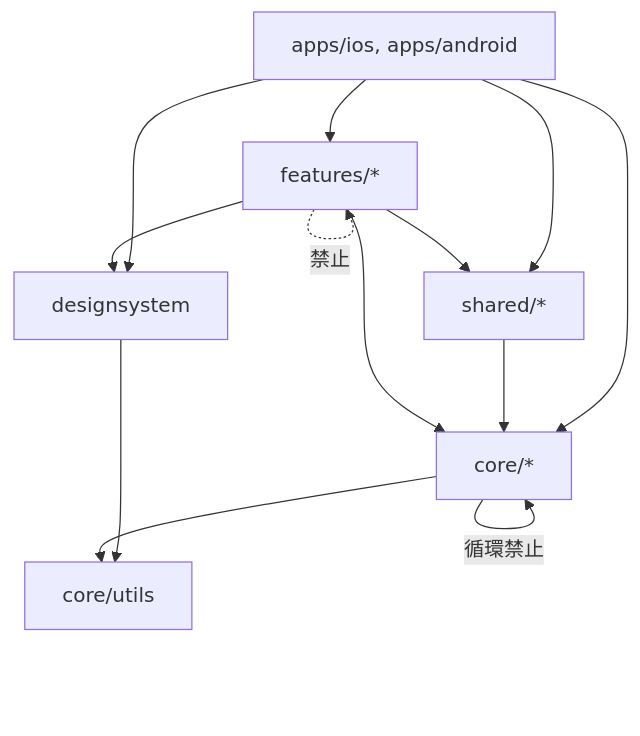
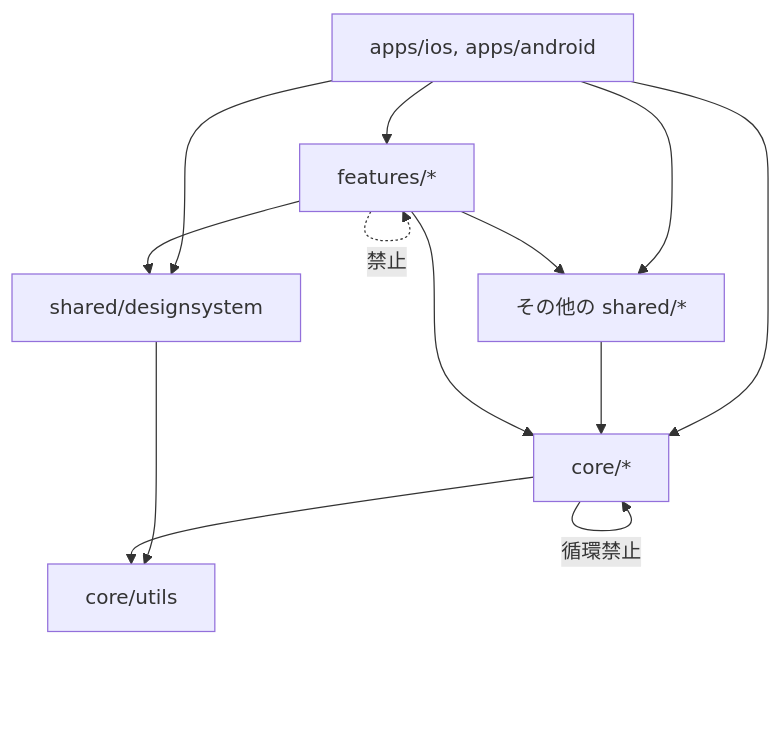
Before and after one commit to imk1t/native-sync-template: the first of 2 diagrams in README.md, drawn with Mermaid. The commit also changed other lines of this file and 40 other files, not shown here.

````diff
--- a/README.md
+++ b/README.md
@@ -133,15 +133,15 @@
 ```mermaid
 flowchart TD
     apps["apps/ios, apps/android"] --> features["features/*"]
-    apps --> designsystem
+    apps --> designsystem["shared/designsystem"]
     apps --> core["core/*"]
-    apps --> shared["shared/*"]
+    apps --> shared["その他の shared/*"]
     features --> shared
     shared --> core
     features --> designsystem
     features --> core
     features -.->|禁止| features
     designsystem --> utils["core/utils"]
     core --> utils
     core -->|循環禁止| core
 ```
````
